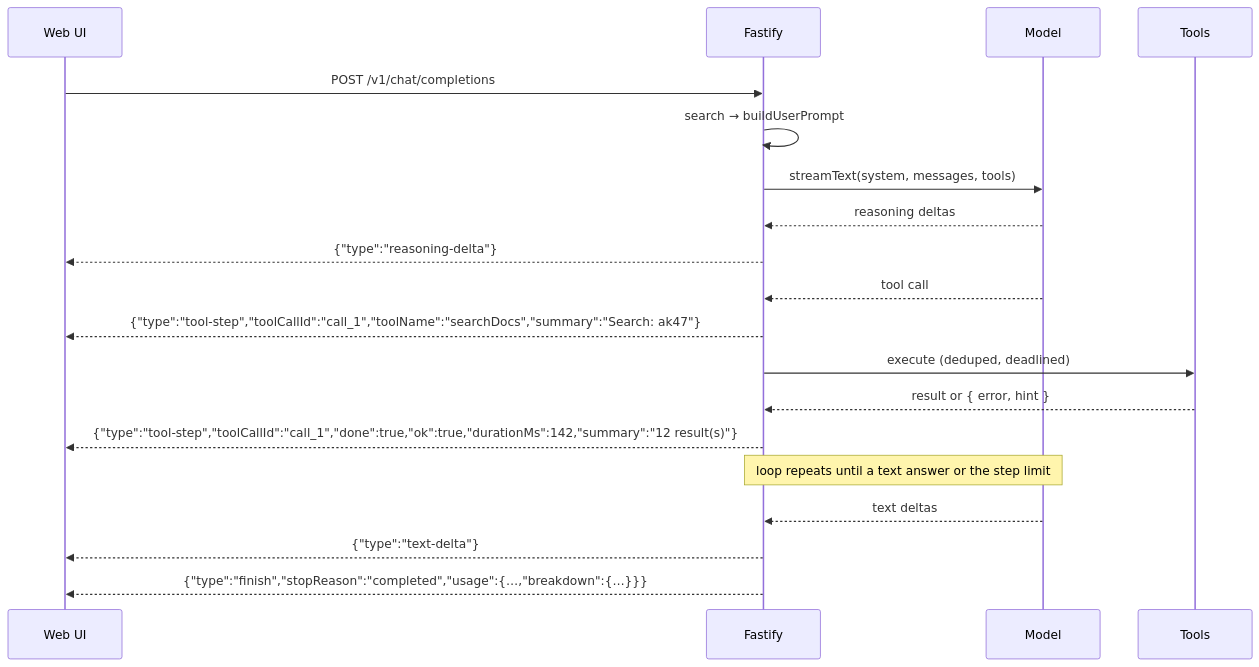
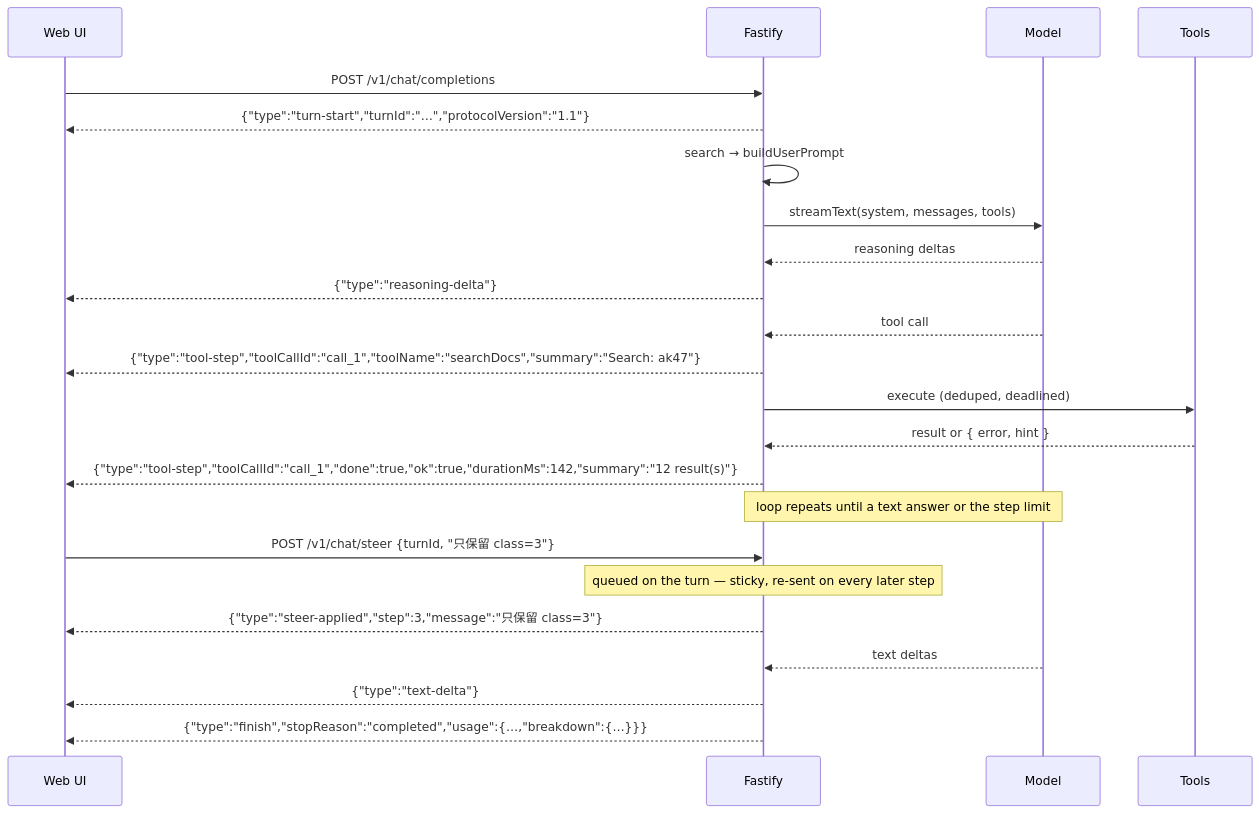
The third of 4 diagrams in ARCHITECTURE.md (rwr-infra/rwr-data-agent), drawn with Mermaid before and after one commit. The commit also changed other lines of this file and 76 other files, not shown here.

````diff
--- a/ARCHITECTURE.md
+++ b/ARCHITECTURE.md
@@ -102,26 +102,31 @@
 ```mermaid
 sequenceDiagram
     participant C as Web UI
     participant F as Fastify
     participant M as Model
     participant T as Tools
 
     C->>F: POST /v1/chat/completions
+    F-->>C: {"type":"turn-start","turnId":"…","protocolVersion":"1.1"}
     F->>F: search → buildUserPrompt
     F->>M: streamText(system, messages, tools)
 
     M-->>F: reasoning deltas
     F-->>C: {"type":"reasoning-delta"}
 
     M-->>F: tool call
     F-->>C: {"type":"tool-step","toolCallId":"call_1","toolName":"searchDocs","summary":"Search: ak47"}
     F->>T: execute (deduped, deadlined)
     T-->>F: result or { error, hint }
     F-->>C: {"type":"tool-step","toolCallId":"call_1","done":true,"ok":true,"durationMs":142,"summary":"12 result(s)"}
 
     Note over F,M: loop repeats until a text answer or the step limit
 
+    C->>F: POST /v1/chat/steer {turnId, "只保留 class=3"}
+    Note over F: queued on the turn — sticky, re-sent on every later step
+    F-->>C: {"type":"steer-applied","step":3,"message":"只保留 class=3"}
+
     M-->>F: text deltas
     F-->>C: {"type":"text-delta"}
     F-->>C: {"type":"finish","stopReason":"completed","usage":{…,"breakdown":{…}}}
 ```
````
